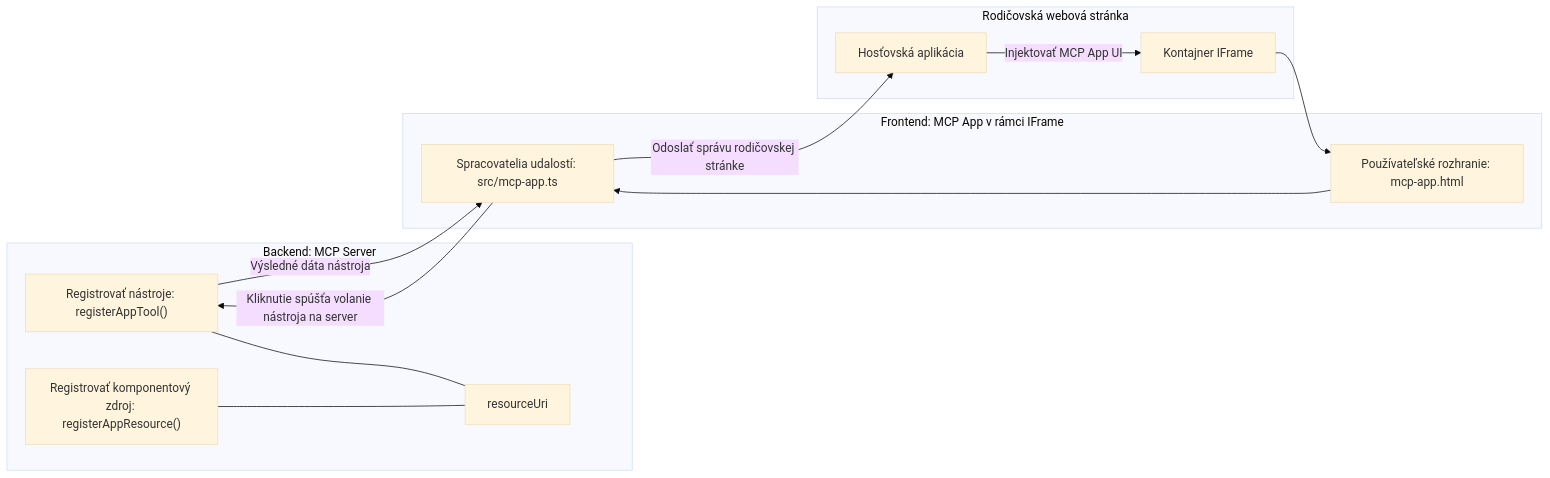
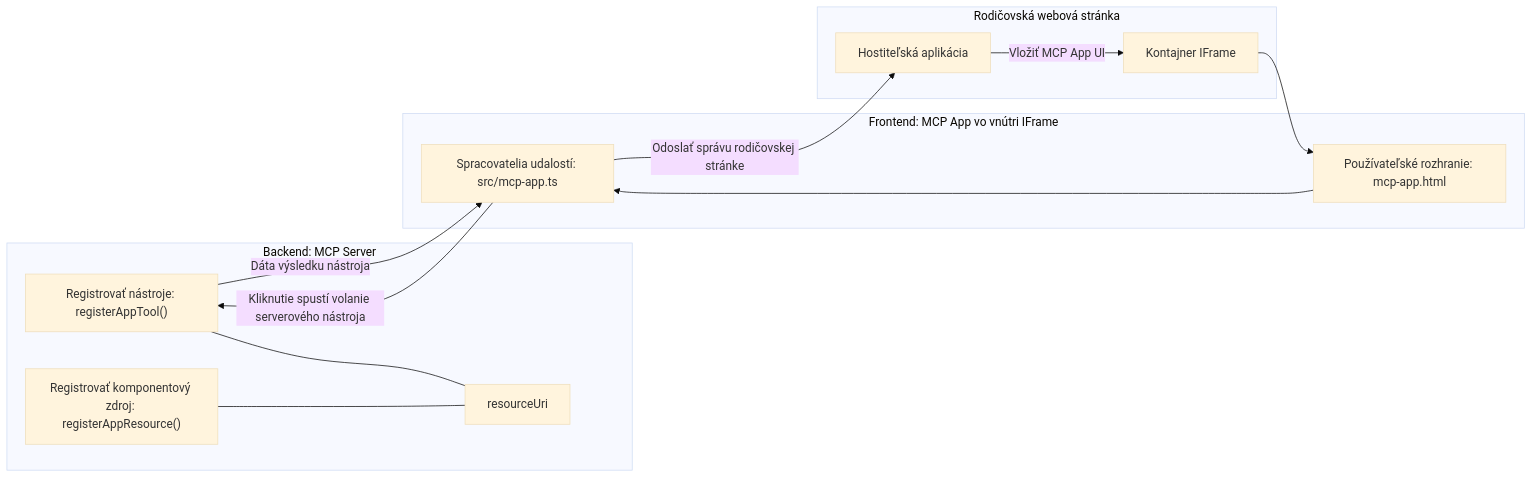
One commit to HIDORAKAI002/ai-workspace-archive changed the diagram in mcp_ecosystem__model_context_protocol/mcp_learning_resources/mcp-for-beginners/translations/sk/03-GettingStarted/15-mcp-apps/README.md. Above: the diagram before and after it, drawn with Mermaid (base theme). The commit also changed other lines of this file and 1160 other files, not shown here.

````diff
--- a/mcp_ecosystem__model_context_protocol/mcp_learning_resources/mcp-for-beginners/translations/sk/03-GettingStarted/15-mcp-apps/README.md
+++ b/mcp_ecosystem__model_context_protocol/mcp_learning_resources/mcp-for-beginners/translations/sk/03-GettingStarted/15-mcp-apps/README.md
@@ -32,27 +32,27 @@
 ```mermaid
 flowchart LR
   subgraph Backend[Backend: MCP Server]
     T["Registrovať nástroje: registerAppTool()"]
     C["Registrovať komponentový zdroj: registerAppResource()"]
     U[resourceUri]
     T --- U
     C --- U
   end
 
   subgraph Parent[Rodičovská webová stránka]
-    H[Hosťovská aplikácia]
+    H[Hostiteľská aplikácia]
     IFRAME[Kontajner IFrame]
-    H -->|Injektovať MCP App UI| IFRAME
+    H -->|Vložiť MCP App UI| IFRAME
   end
 
-  subgraph Frontend[Frontend: MCP App v rámci IFrame]
+  subgraph Frontend[Frontend: MCP App vo vnútri IFrame]
     UI["Používateľské rozhranie: mcp-app.html"]
     EH["Spracovatelia udalostí: src/mcp-app.ts"]
     UI --> EH
   end
 
   IFRAME --> UI
-  EH -->|Kliknutie spúšťa volanie nástroja na server| T
-  T -->|Výsledné dáta nástroja| EH
+  EH -->|Kliknutie spustí volanie serverového nástroja| T
+  T -->|Dáta výsledku nástroja| EH
   EH -->|Odoslať správu rodičovskej stránke| H
 ```
````
